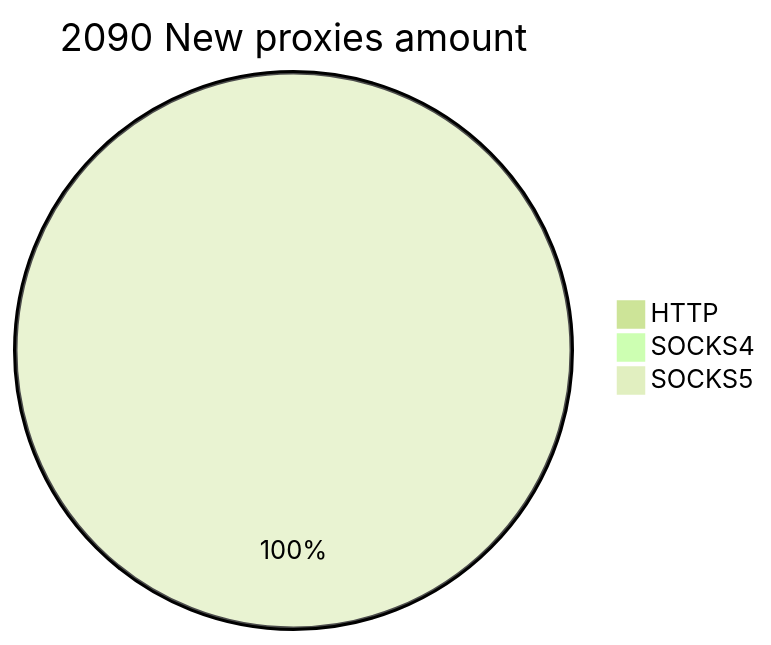
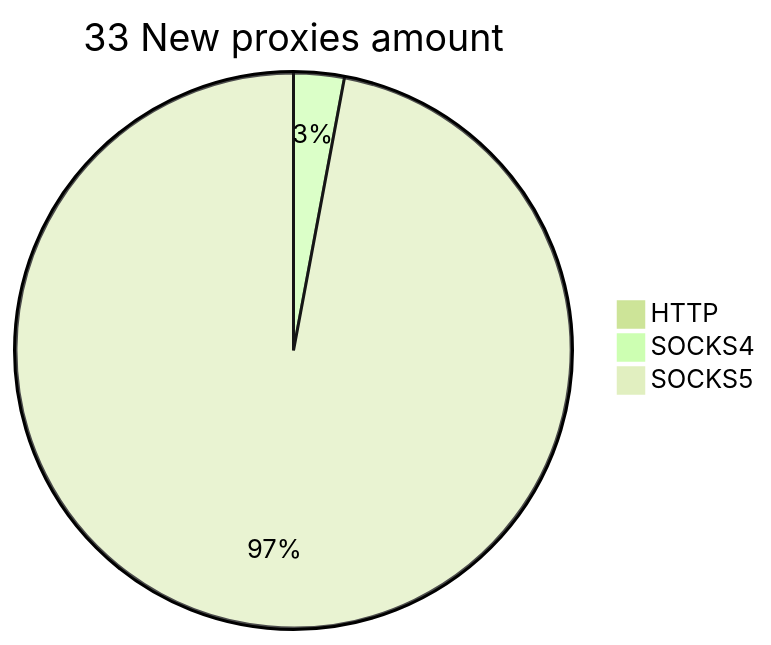
Before and after one commit to cutipu/proxylist: the second of 2 diagrams in README.md, drawn with Mermaid (forest theme). The commit also changed other lines of this file, not shown here.

````diff
--- a/README.md
+++ b/README.md
@@ -10,6 +10,6 @@
 ```mermaid
-pie title 2090 New proxies amount
+pie title 33 New proxies amount
     "HTTP" : 0
-    "SOCKS4" : 0
-    "SOCKS5" : 2457
+    "SOCKS4" : 1
+    "SOCKS5" : 33
 ```
````
